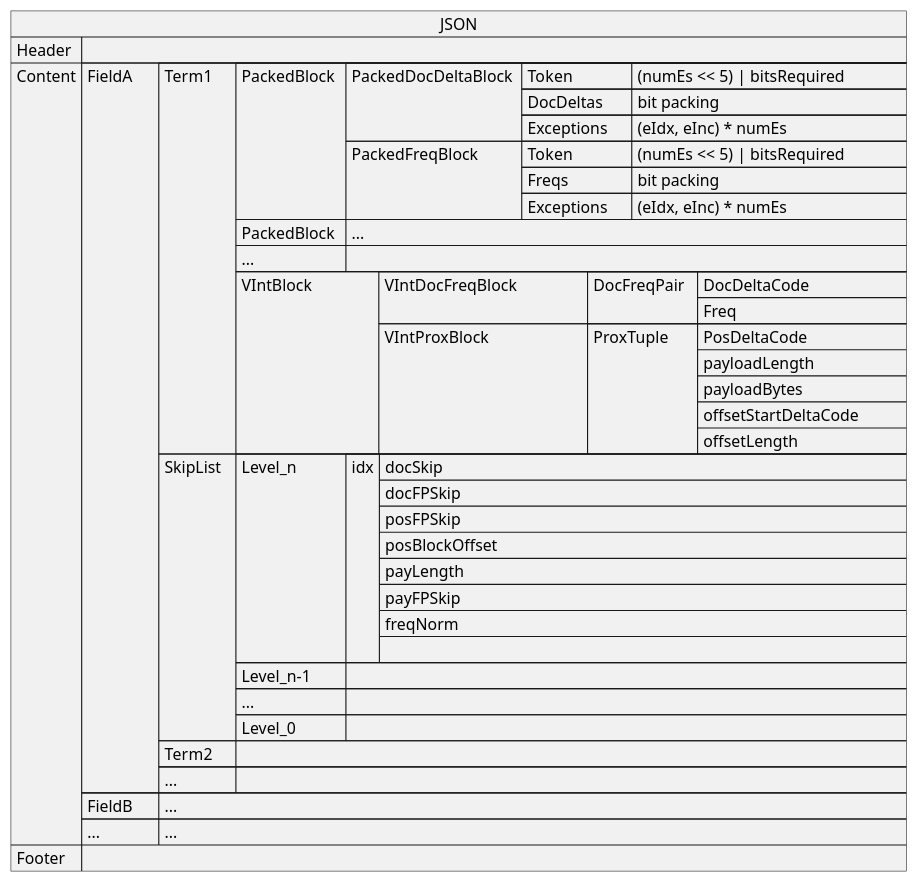
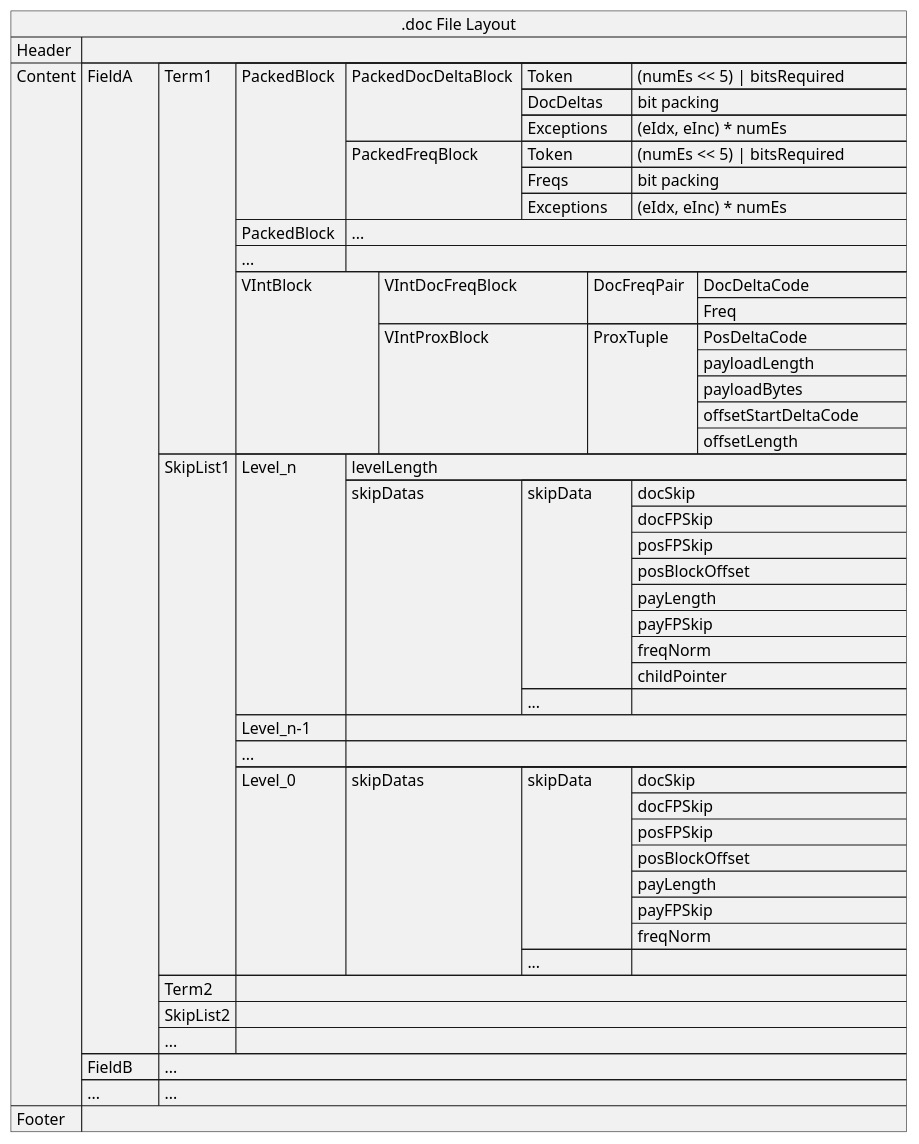
The diagram in uml/doc.puml (big-peter/lucene), drawn with PlantUML before and after one commit. The commit also changed other lines of this file and 2 other files, not shown here.

```diff
--- a/uml/doc.puml
+++ b/uml/doc.puml
@@ -2,65 +36,84 @@
 @startuml
-
-json JSON {
+json ".doc File Layout" as J {
    "Header":"",
    "Content":[
     {"FieldA\t": [
       {"Term1\t": [
          {"PackedBlock\t":[
             {"PackedDocDeltaBlock\t":[
                {"Token\t\t": "(numEs << 5) | bitsRequired"},
                {"DocDeltas\t": "bit packing"},
                {"Exceptions\t": "(eIdx, eInc) * numEs"}
             ]},
             {"PackedFreqBlock\t\t":[
               {"Token\t\t": "(numEs << 5) | bitsRequired"},
               {"Freqs\t\t": "bit packing"},
               {"Exceptions\t": "(eIdx, eInc) * numEs"}
             ]}
          ]},
          {"PackedBlock\t":["..."]},
          {"...\t\t\t":[]},
          {"VIntBlock\t\t":[
             {"VIntDocFreqBlock\t\t": [
                {"DocFreqPair\t": [
                   "DocDeltaCode\t\t\t",
                   "Freq"
                ]}
             ]},
             {"VIntProxBlock\t\t\t": [
                {"ProxTuple\t":[
                   "PosDeltaCode",
                   "payloadLength",
                   "payloadBytes",
                   "offsetStartDeltaCode\t\t",
                   "offsetLength"
                ]}
             ]}
          ]}
       ]},
-      {"SkipList\t": [
+      {"SkipList1\t": [
          {"Level_n\t\t": [
-            {"idx":[
-               "docSkip",
-               "docFPSkip",
-               "posFPSkip",
-               "posBlockOffset",
-               "payLength",
-               "payFPSkip",
-               "freqNorm",
-               ""
-            ]}
+            "levelLength",
+            {"skipDatas\t\t\t":[
+               {"skipData\t\t":[
+                  "docSkip",
+                  "docFPSkip",
+                  "posFPSkip",
+                  "posBlockOffset\t\t\t",
+                  "payLength",
+                  "payFPSkip",
+                  "freqNorm",
+                  "childPointer"
+               ]},
+               {"...\t\t\t": ""}
+            ]
+            }
          ]},
          {"Level_n-1\t": []},
          {"...\t\t\t": []},
-         {"Level_0\t\t": []}
+         {"Level_0\t\t": [
+            {"skipDatas\t\t\t":[
+               {"skipData\t\t":[
+                  "docSkip",
+                  "docFPSkip",
+                  "posFPSkip",
+                  "posBlockOffset\t\t\t",
+                  "payLength",
+                  "payFPSkip",
+                  "freqNorm"
+               ]},
+               {"...\t\t\t": ""}
+            ]
+            }
+         ]}
       ]},
       {"Term2\t": []},
+      {"SkipList2\t": []},
       {"...\t\t": []}
     ]},
     {"FieldB\t":["..."]},
     {"...\t\t":["..."]}
    ],
    "Footer":""
 }
 @enduml
```
